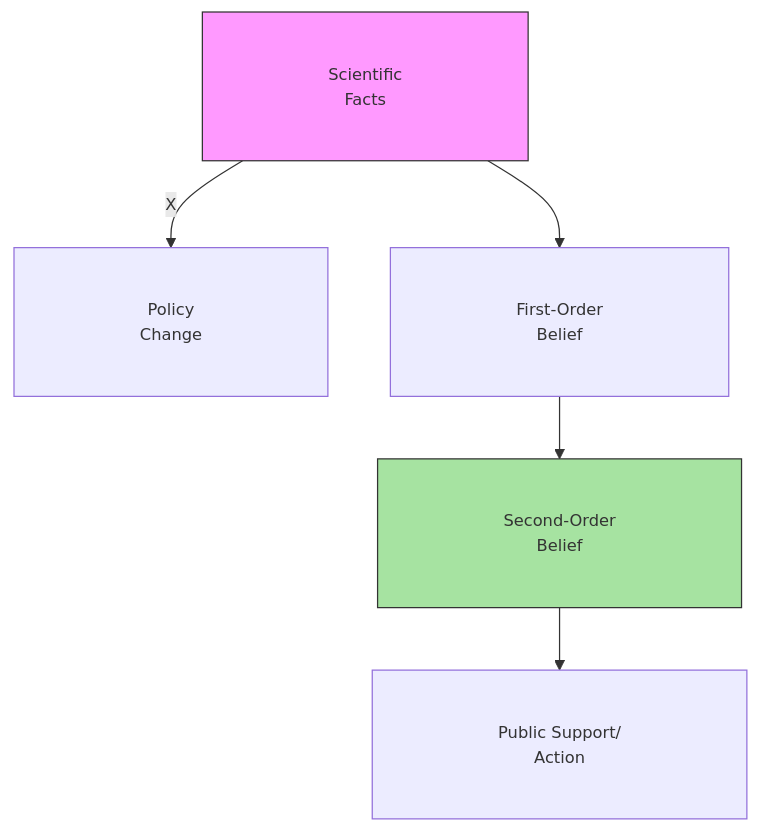
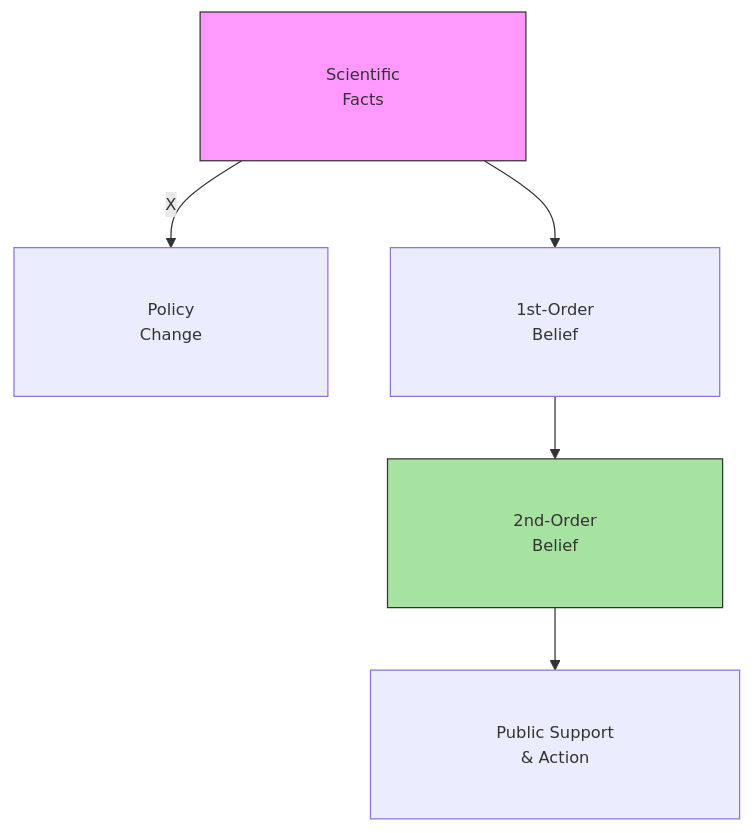
The second of 7 diagrams in Communication_Influence/Mastery_Guide_SOW_BS033.md (GM024/CourseSummaries), drawn with Mermaid before and after one commit. The commit also changed other lines of this file, not shown here.

Commit message:
Standardize diagrams with Responsive Node Sizing, 13px font, and Quad-Padding

````diff
--- a/Communication_Influence/Mastery_Guide_SOW_BS033.md
+++ b/Communication_Influence/Mastery_Guide_SOW_BS033.md
@@ -61,10 +61,10 @@
 ```mermaid
 %%{init: {'flowchart': {'padding': 40}, 'themeVariables': { 'fontSize': '13px' }}}%%
 graph TD
     Knowledge["&nbsp;&nbsp;&nbsp;&nbsp; Scientific &nbsp;&nbsp;&nbsp;&nbsp;<br/>&nbsp;&nbsp;&nbsp;&nbsp; Facts &nbsp;&nbsp;&nbsp;&nbsp;"] -- X --> Action["&nbsp;&nbsp;&nbsp;&nbsp; Policy &nbsp;&nbsp;&nbsp;&nbsp;<br/>&nbsp;&nbsp;&nbsp;&nbsp; Change &nbsp;&nbsp;&nbsp;&nbsp;"]
-    Knowledge --> IndividualBelief["&nbsp;&nbsp;&nbsp;&nbsp; First-Order &nbsp;&nbsp;&nbsp;&nbsp;<br/>&nbsp;&nbsp;&nbsp;&nbsp; Belief &nbsp;&nbsp;&nbsp;&nbsp;"]
-    IndividualBelief --> SocialPerception["&nbsp;&nbsp;&nbsp;&nbsp; Second-Order &nbsp;&nbsp;&nbsp;&nbsp;<br/>&nbsp;&nbsp;&nbsp;&nbsp; Belief &nbsp;&nbsp;&nbsp;&nbsp;"]
-    SocialPerception --> CollectiveAction["&nbsp;&nbsp;&nbsp;&nbsp; Public Support/ &nbsp;&nbsp;&nbsp;&nbsp;<br/>&nbsp;&nbsp;&nbsp;&nbsp; Action &nbsp;&nbsp;&nbsp;&nbsp;"]
+    Knowledge --> IndividualBelief["&nbsp;&nbsp;&nbsp;&nbsp; 1st-Order &nbsp;&nbsp;&nbsp;&nbsp;<br/>&nbsp;&nbsp;&nbsp;&nbsp; Belief &nbsp;&nbsp;&nbsp;&nbsp;"]
+    IndividualBelief --> SocialPerception["&nbsp;&nbsp;&nbsp;&nbsp; 2nd-Order &nbsp;&nbsp;&nbsp;&nbsp;<br/>&nbsp;&nbsp;&nbsp;&nbsp; Belief &nbsp;&nbsp;&nbsp;&nbsp;"]
+    SocialPerception --> CollectiveAction["&nbsp;&nbsp;&nbsp;&nbsp; Public Support &nbsp;&nbsp;&nbsp;&nbsp;<br/>&nbsp;&nbsp;&nbsp;&nbsp; & Action &nbsp;&nbsp;&nbsp;&nbsp;"]
     style Knowledge fill:#f9f,stroke:#333
     style SocialPerception fill:#a6e3a1,stroke:#333
 ```
````
